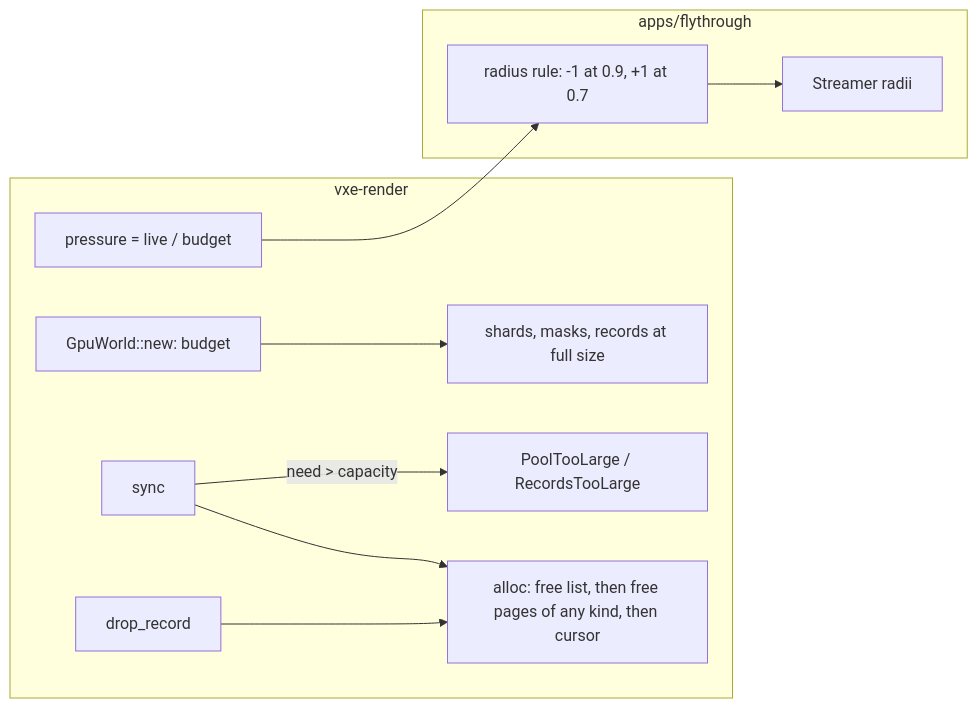
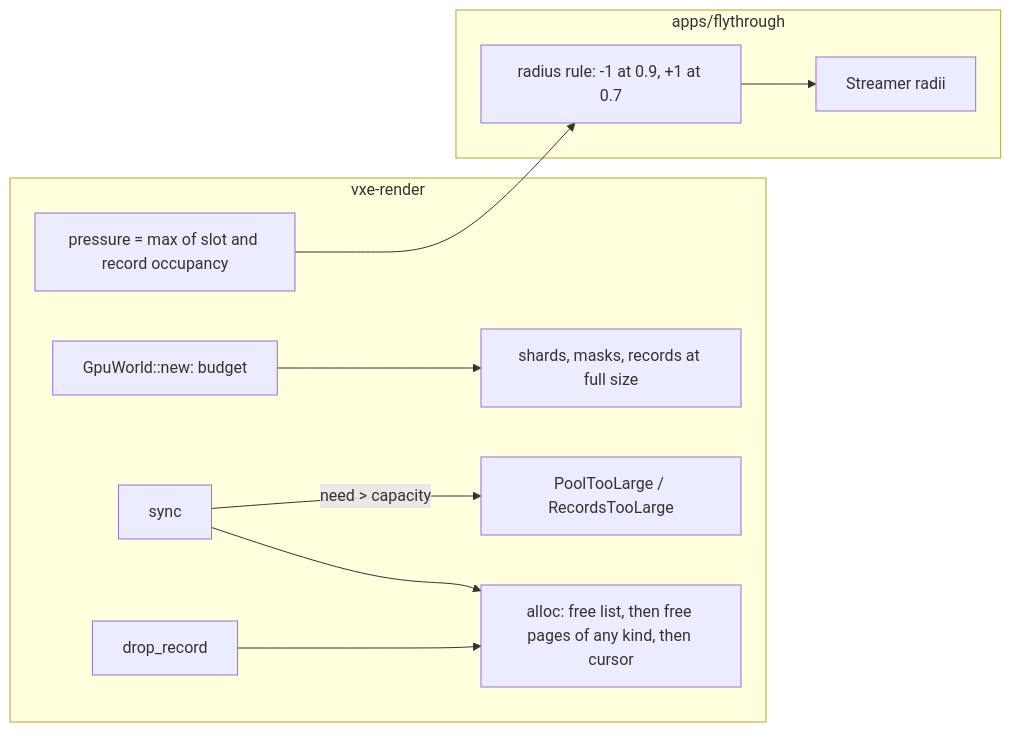
One commit to IgorKonovalov/voxel-engine changed the diagram in docs/plans/0017-mirror-budget-reservation-page-kinds-and-pressure.md. Above: the diagram before and after it, drawn with Mermaid. The commit also changed other lines of this file and 1 other file, not shown here.

First line of the commit message:
docs(plans): amend plan 0017 phase 3 for a reachable pressure gate

````diff
--- a/docs/plans/0017-mirror-budget-reservation-page-kinds-and-pressure.md
+++ b/docs/plans/0017-mirror-budget-reservation-page-kinds-and-pressure.md
@@ -71,14 +140,14 @@
 ```mermaid
 flowchart LR
     subgraph vxe-render
         N[GpuWorld::new: budget] --> B[shards, masks, records at full size]
         S[sync] -->|need > capacity| E[PoolTooLarge / RecordsTooLarge]
         S --> A[alloc: free list, then free pages of any kind, then cursor]
         D[drop_record] --> A
-        P[pressure = live / budget]
+        P[pressure = max of slot and record occupancy]
     end
     subgraph apps/flythrough
         P --> R[radius rule: -1 at 0.9, +1 at 0.7]
         R --> W[Streamer radii]
     end
 ```
````
